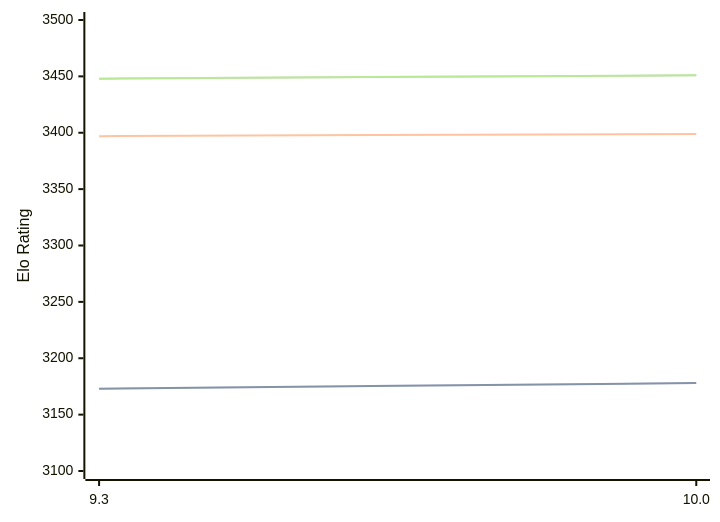
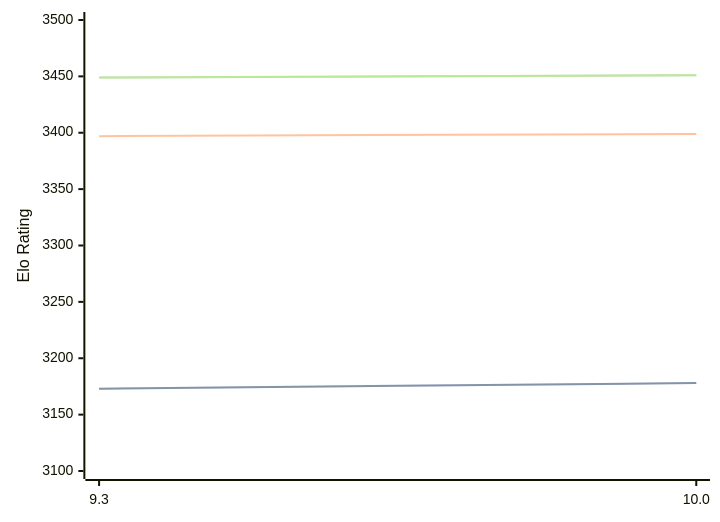
Before and after one commit to computer-chess-index/cci: the diagram in engines/Fire.md, drawn with Mermaid. The commit also changed other lines of this file, not shown here.

Commit message:
Update CCI Ratings (ELO VLTC) - 2026-04-01

````diff
--- a/engines/Fire.md
+++ b/engines/Fire.md
@@ -47,11 +47,11 @@
 ```mermaid
 %%{init: {"theme":"base","themeVariables":{"seriesColors:['#a3a3a3','#222221','#faa371']}}}%%
 xychart-beta
   x-axis ["9.3", "10.0"]
   y-axis "Elo Rating" 3100 --> 3500
   line "STC (8.0+0.08s)" [3173, 3178]
   line "STC (8.0+0.08s)" [3173, 3178]
   line "LTC (60.0+0.60s)" [3397, 3399]
-  line "VLTC (2m24s+1.12s)" [3448, 3451]
-  line "VLTC (2m24s+1.12s)" [3448, 3451]
+  line "VLTC (2m24s+1.12s)" [3449, 3451]
+  line "VLTC (2m24s+1.12s)" [3449, 3451]
 ```
````
